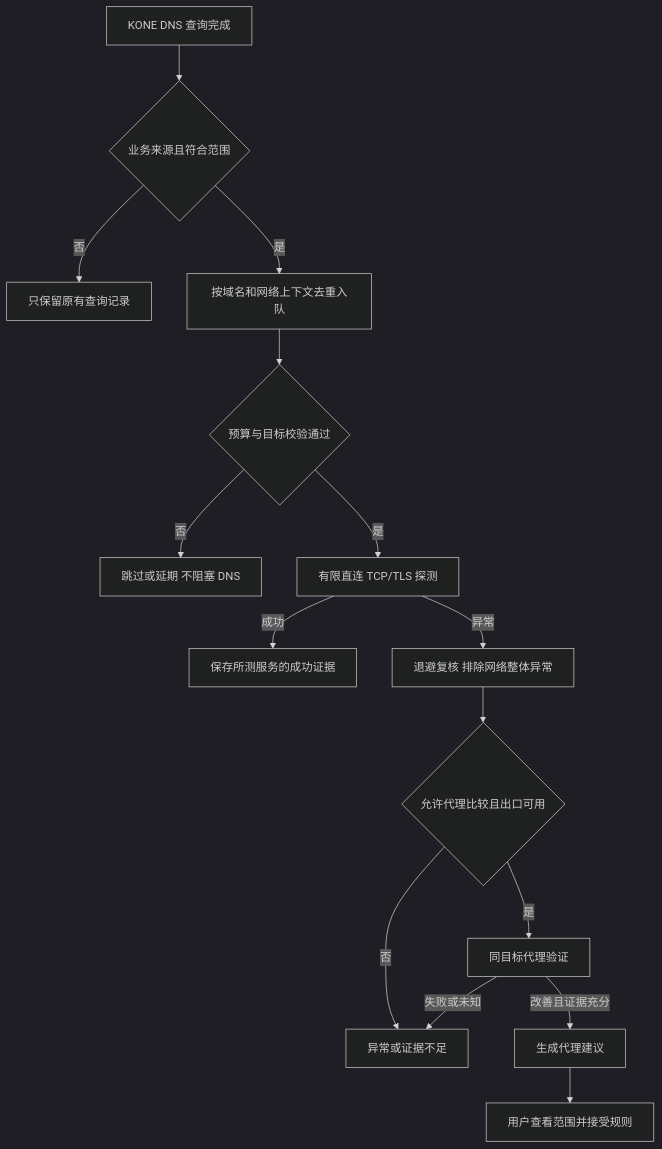
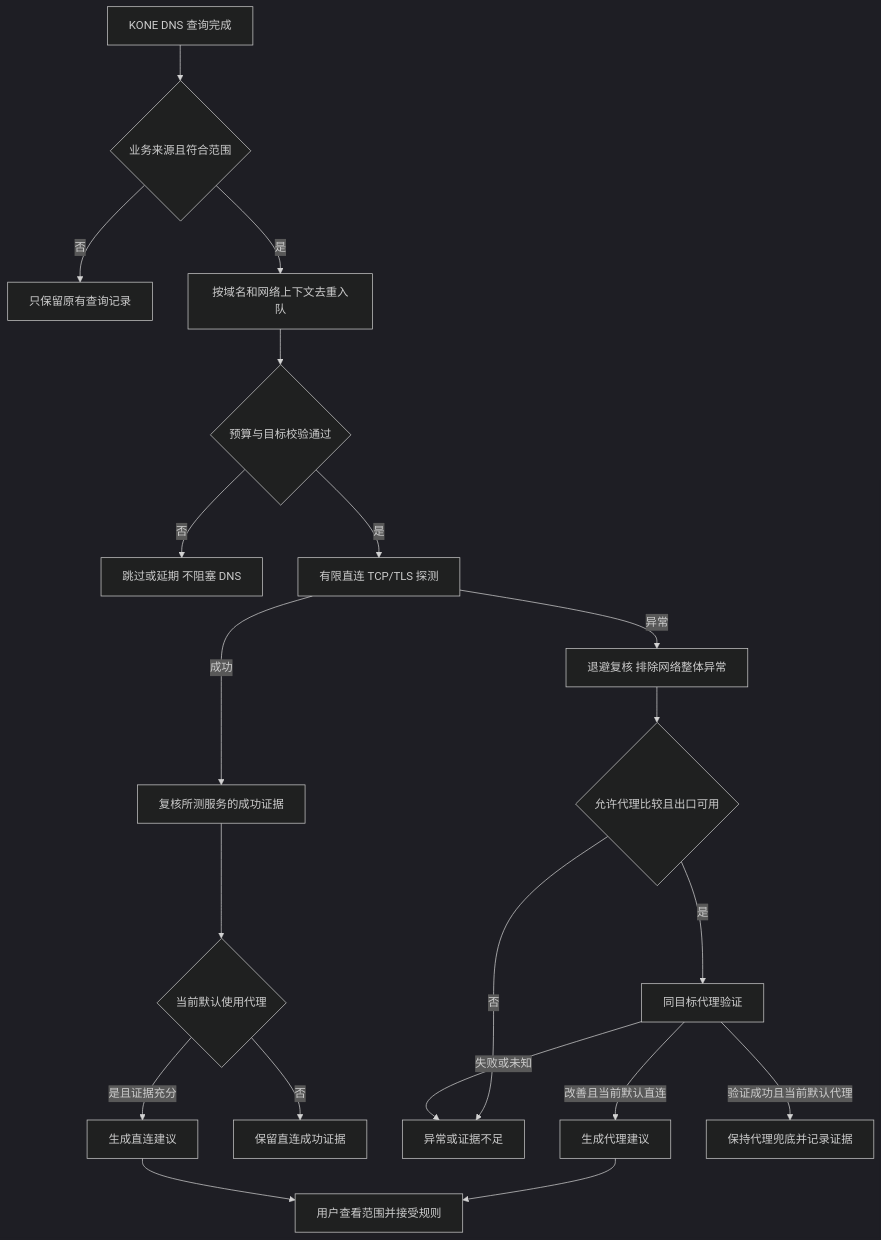
The diagram in docs/proposals/dns-driven-smart-suggestions.md (xjdrew/kone), drawn with Mermaid (dark theme) before and after one commit. The commit also changed other lines of this file and 5 other files, not shown here.

````diff
--- a/docs/proposals/dns-driven-smart-suggestions.md
+++ b/docs/proposals/dns-driven-smart-suggestions.md
@@ -83,17 +163,22 @@
 ```mermaid
 flowchart TD
   A[KONE DNS 查询完成] --> B{业务来源且符合范围}
   B -->|否| C[只保留原有查询记录]
   B -->|是| D[按域名和网络上下文去重入队]
   D --> E{预算与目标校验通过}
   E -->|否| F[跳过或延期 不阻塞 DNS]
   E -->|是| G[有限直连 TCP/TLS 探测]
-  G -->|成功| H[保存所测服务的成功证据]
+  G -->|成功| H[复核所测服务的成功证据]
+  H --> O{当前默认使用代理}
+  O -->|是且证据充分| P[生成直连建议]
+  O -->|否| Q[保留直连成功证据]
   G -->|异常| I[退避复核 排除网络整体异常]
   I --> J{允许代理比较且出口可用}
   J -->|否| K[异常或证据不足]
   J -->|是| L[同目标代理验证]
-  L -->|改善且证据充分| M[生成代理建议]
+  L -->|改善且当前默认直连| M[生成代理建议]
+  L -->|验证成功且当前默认代理| R[保持代理兜底并记录证据]
   L -->|失败或未知| K
   M --> N[用户查看范围并接受规则]
+  P --> N
 ```
````
